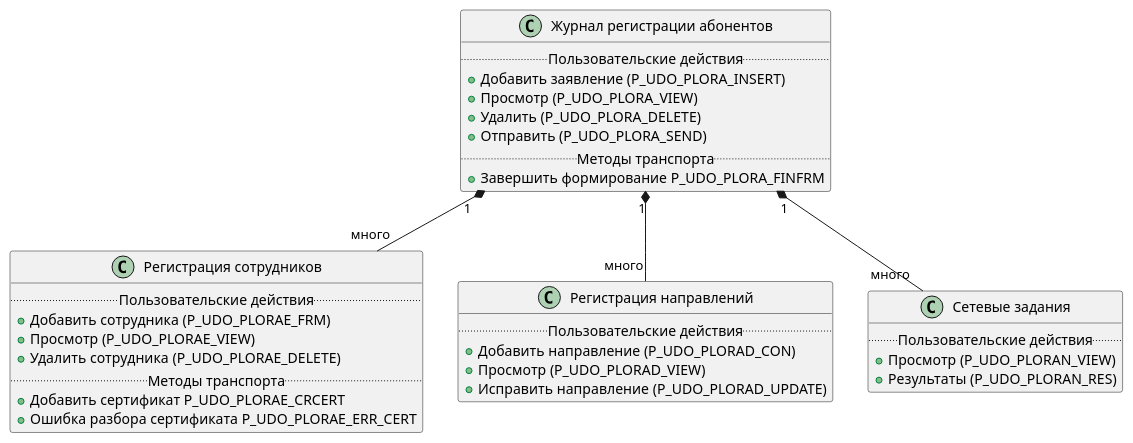
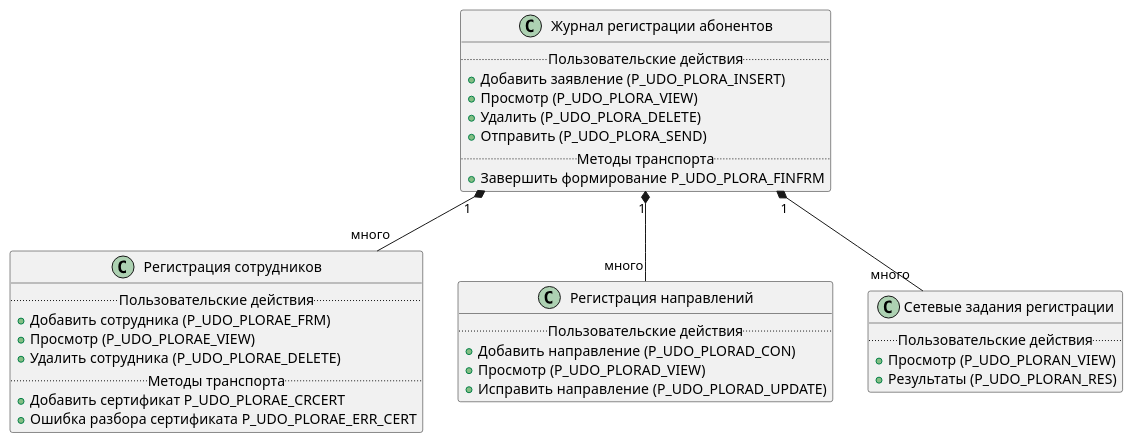
One commit to citpb/platform-astral-schemes changed the diagram in udo_plora_classes.puml. Above: the diagram before and after it, drawn with PlantUML.

Commit message:
Update udo_plora_classes.puml
Переименован класс Сетевые задания на класс Сетевые задания регистрации.

```diff
--- a/udo_plora_classes.puml
+++ b/udo_plora_classes.puml
@@ -1,40 +1,40 @@
 @startuml
 
 class "Журнал регистрации абонентов" as MasterClass {
 ..Пользовательские действия..
 {method}+Добавить заявление (P_UDO_PLORA_INSERT)
 {method}+Просмотр (P_UDO_PLORA_VIEW)
 {method}+Удалить (P_UDO_PLORA_DELETE)
 {method}+Отправить (P_UDO_PLORA_SEND)
 ..Методы транспорта..
 {method}+Завершить формирование P_UDO_PLORA_FINFRM
 }
 
 class "Регистрация сотрудников" as SpecClass1 {
 ..Пользовательские действия..
 {method}+Добавить сотрудника (P_UDO_PLORAE_FRM)
 {method}+Просмотр (P_UDO_PLORAE_VIEW)
 {method}+Удалить сотрудника (P_UDO_PLORAE_DELETE)
 ..Методы транспорта..
 {method}+Добавить сертификат P_UDO_PLORAE_CRCERT
 {method}+Ошибка разбора сертификата P_UDO_PLORAE_ERR_CERT
 }
 
 class "Регистрация направлений" as SpecClass2 {
 ..Пользовательские действия..
 {method}+Добавить направление (P_UDO_PLORAD_CON)
 {method}+Просмотр (P_UDO_PLORAD_VIEW)
 {method}+Исправить направление (P_UDO_PLORAD_UPDATE)
 }
 
-class "Сетевые задания" as SpecClass3 {
+class "Сетевые задания регистрации" as SpecClass3 {
 ..Пользовательские действия..
 {method}+Просмотр (P_UDO_PLORAN_VIEW)
 {method}+Результаты (P_UDO_PLORAN_RES)
 }
 
 MasterClass "1" *-- "много" SpecClass1
 MasterClass "1" *-- "много" SpecClass2
 MasterClass "1" *-- "много" SpecClass3
 
 @enduml
```
